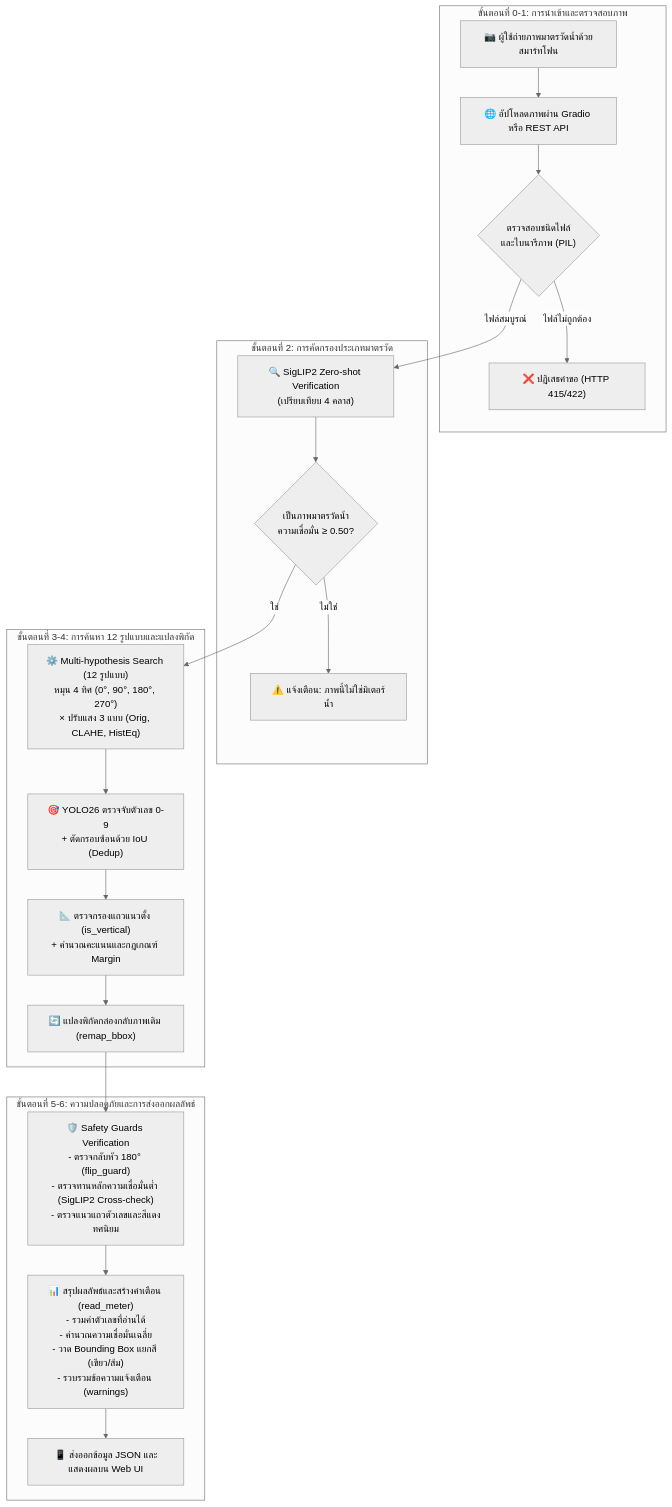
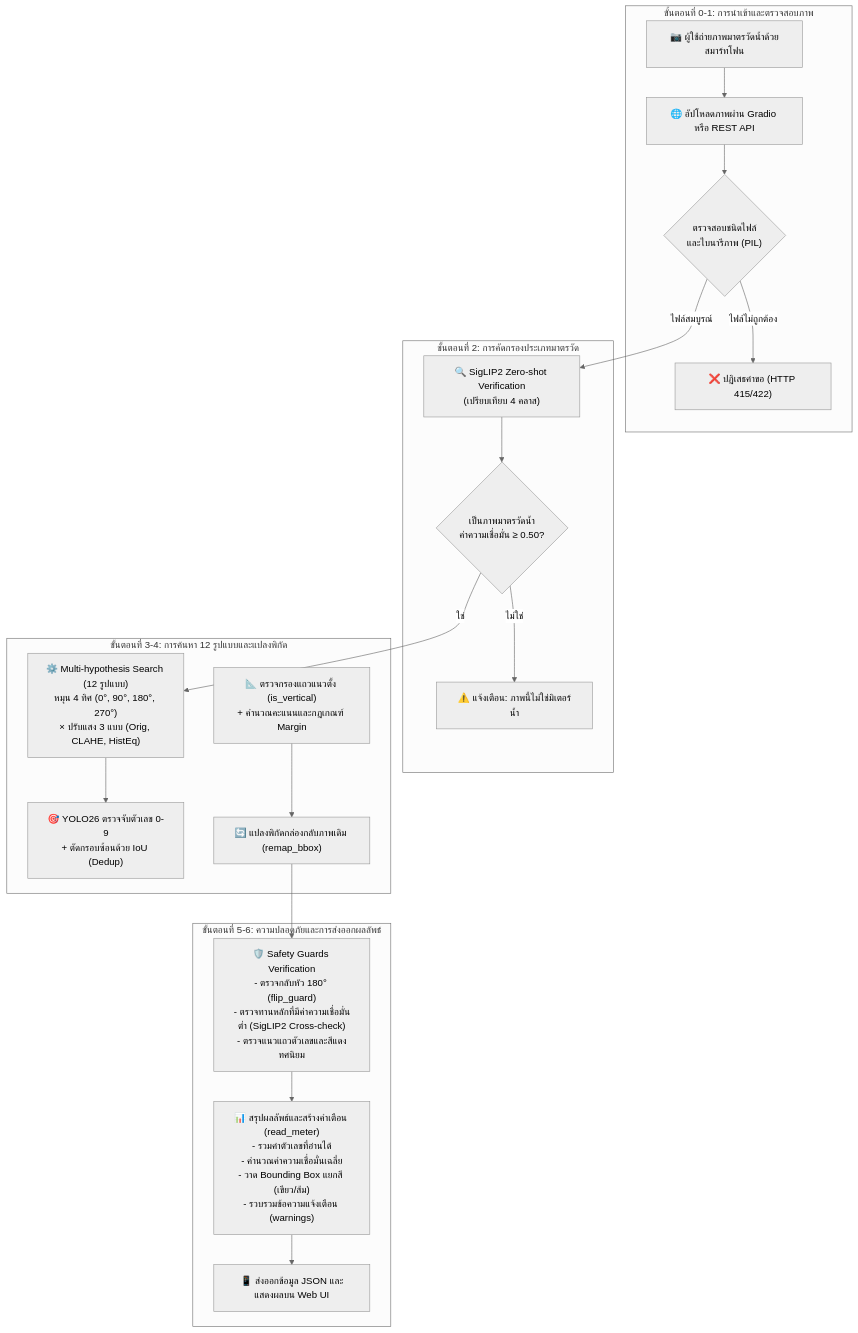
The second of 5 diagrams in TUTORIAL.md (jirathxz/meter-reader), drawn with Mermaid (neutral theme) before and after one commit. The commit also changed other lines of this file and 13 other files, not shown here.

````diff
--- a/TUTORIAL.md
+++ b/TUTORIAL.md
@@ -347,27 +369,27 @@
 ```mermaid
 flowchart TD
   subgraph Ingestion ["ขั้นตอนที่ 0-1: การนำเข้าและตรวจสอบภาพ"]
     A["📷 ผู้ใช้ถ่ายภาพมาตรวัดน้ำด้วยสมาร์ทโฟน"] --> B["🌐 อัปโหลดภาพผ่าน Gradio หรือ REST API"]
     B --> C{"ตรวจสอบชนิดไฟล์<br/>และไบนารีภาพ (PIL)"}
     C -->|"ไฟล์ไม่ถูกต้อง"| C1["❌ ปฏิเสธคำขอ (HTTP 415/422)"]
   end
 
   subgraph Screening ["ขั้นตอนที่ 2: การคัดกรองประเภทมาตรวัด"]
     C -->|"ไฟล์สมบูรณ์"| D["🔍 SigLIP2 Zero-shot Verification<br/>(เปรียบเทียบ 4 คลาส)"]
-    D --> E{"เป็นภาพมาตรวัดน้ำ<br/>ความเชื่อมั่น ≥ 0.50?"}
+    D --> E{"เป็นภาพมาตรวัดน้ำ<br/>ค่าความเชื่อมั่น ≥ 0.50?"}
     E -->|"ไม่ใช่"| E1["⚠️ แจ้งเตือน: ภาพนี้ไม่ใช่มิเตอร์น้ำ"]
   end
 
   subgraph Processing ["ขั้นตอนที่ 3-4: การค้นหา 12 รูปแบบและแปลงพิกัด"]
     E -->|"ใช่"| F["⚙️ Multi-hypothesis Search (12 รูปแบบ)<br/>หมุน 4 ทิศ (0°, 90°, 180°, 270°)<br/>× ปรับแสง 3 แบบ (Orig, CLAHE, HistEq)"]
     F --> G["🎯 YOLO26 ตรวจจับตัวเลข 0-9<br/>+ ตัดกรอบซ้อนด้วย IoU (Dedup)"]
-    G --> H["📐 ตรวจกรองแถวแนวตั้ง (is_vertical)<br/>+ คำนวณคะแนนและกฎเกณฑ์ Margin"]
+    H["📐 ตรวจกรองแถวแนวตั้ง (is_vertical)<br/>+ คำนวณคะแนนและกฎเกณฑ์ Margin"]
     H --> I["🔄 แปลงพิกัดกล่องกลับภาพเดิม (remap_bbox)"]
   end
 
   subgraph Safety ["ขั้นตอนที่ 5-6: ความปลอดภัยและการส่งออกผลลัพธ์"]
-    I --> J["🛡️ Safety Guards Verification<br/>- ตรวจกลับหัว 180° (flip_guard)<br/>- ตรวจทานหลักความเชื่อมั่นต่ำ (SigLIP2 Cross-check)<br/>- ตรวจแนวแถวตัวเลขและสีแดงทศนิยม"]
-    J --> K["📊 สรุปผลลัพธ์และสร้างคำเตือน (read_meter)<br/>- รวมค่าตัวเลขที่อ่านได้<br/>- คำนวณความเชื่อมั่นเฉลี่ย<br/>- วาด Bounding Box แยกสี (เขียว/ส้ม)<br/>- รวบรวมข้อความแจ้งเตือน (warnings)"]
+    I --> J["🛡️ Safety Guards Verification<br/>- ตรวจกลับหัว 180° (flip_guard)<br/>- ตรวจทานหลักที่มีค่าความเชื่อมั่นต่ำ (SigLIP2 Cross-check)<br/>- ตรวจแนวแถวตัวเลขและสีแดงทศนิยม"]
+    J --> K["📊 สรุปผลลัพธ์และสร้างคำเตือน (read_meter)<br/>- รวมค่าตัวเลขที่อ่านได้<br/>- คำนวณค่าความเชื่อมั่นเฉลี่ย<br/>- วาด Bounding Box แยกสี (เขียว/ส้ม)<br/>- รวบรวมข้อความแจ้งเตือน (warnings)"]
     K --> L["📱 ส่งออกข้อมูล JSON และแสดงผลบน Web UI"]
   end
 ```
````
